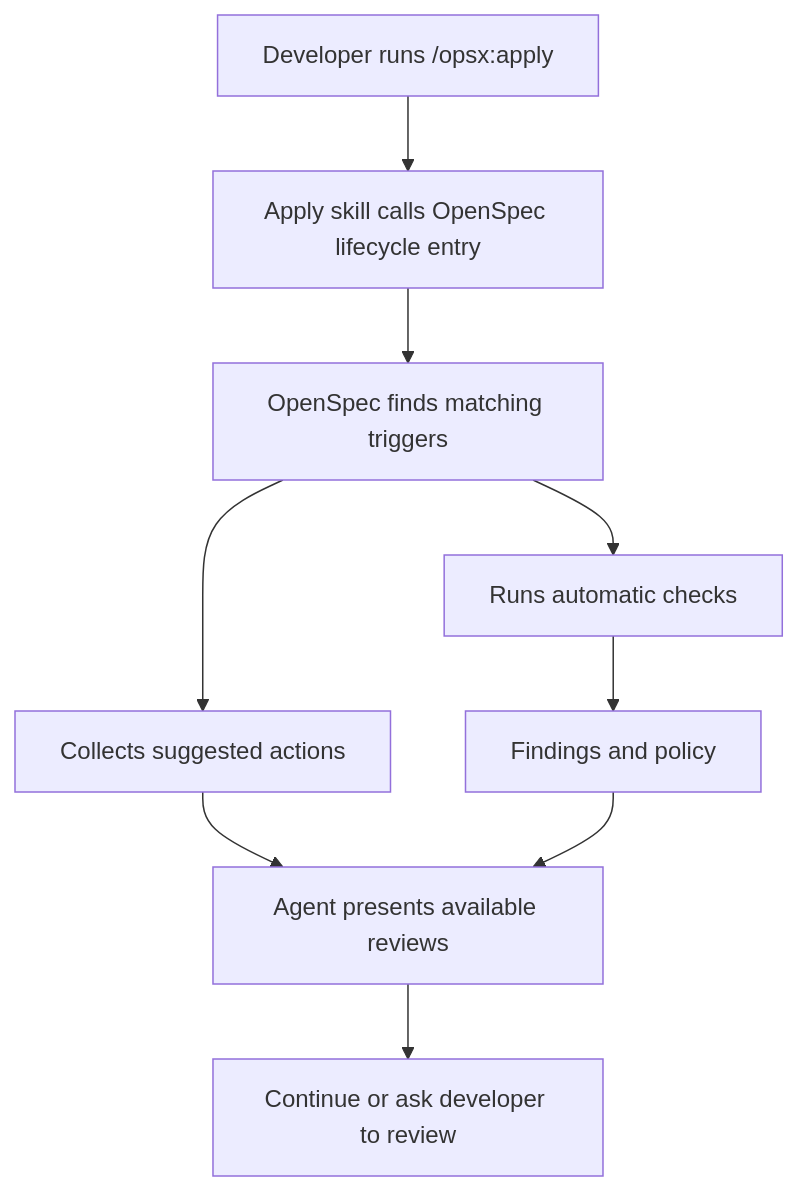
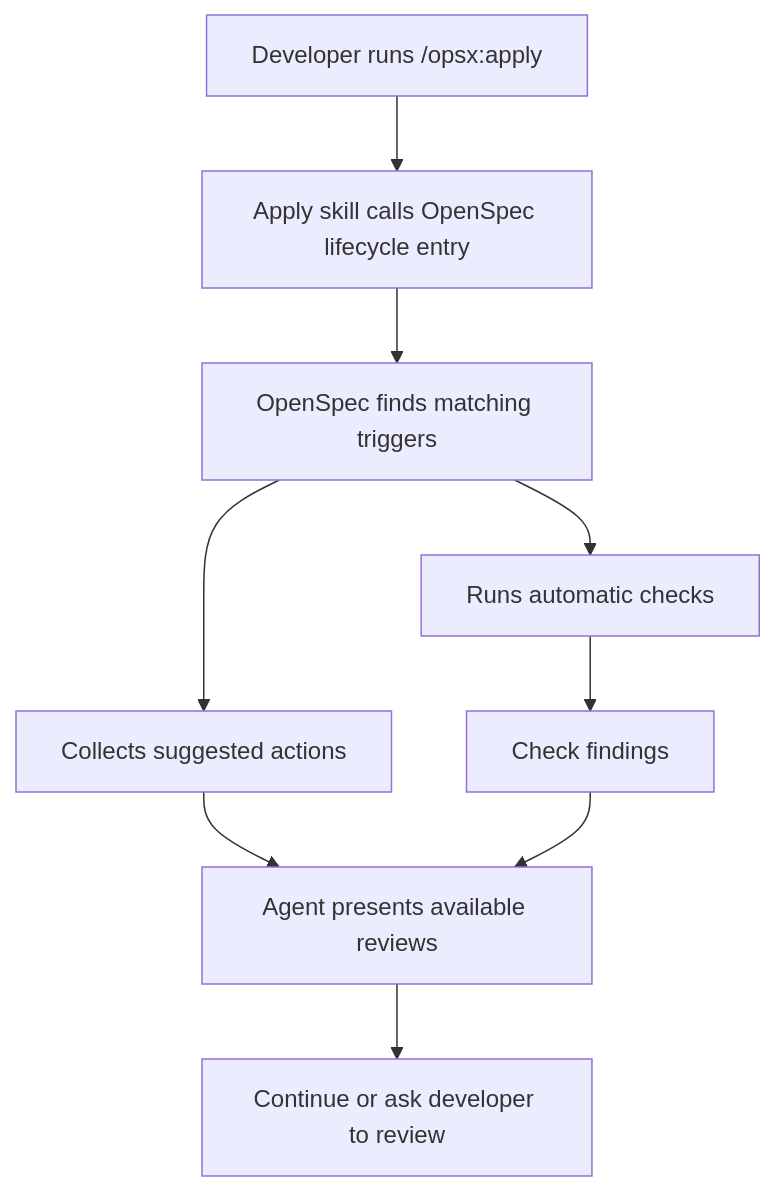
One commit to Fission-AI/OpenSpec changed the first of 3 diagrams in openspec/projects/intent-and-lifecycle/lifecycle/lifecycle-checkpoints-launch.md. Above: the diagram before and after it, drawn with Mermaid. The commit also changed other lines of this file and 8 other files, not shown here.

````diff
--- a/openspec/projects/intent-and-lifecycle/lifecycle/lifecycle-checkpoints-launch.md
+++ b/openspec/projects/intent-and-lifecycle/lifecycle/lifecycle-checkpoints-launch.md
@@ -113,11 +139,11 @@
 ```mermaid
 flowchart TD
   A[Developer runs /opsx:apply] --> B[Apply skill calls OpenSpec lifecycle entry]
   B --> C[OpenSpec finds matching triggers]
   C --> D[Runs automatic checks]
   C --> H[Collects suggested actions]
-  D --> E[Findings and policy]
+  D --> E[Check findings]
   H --> F[Agent presents available reviews]
   E --> F
   F --> G[Continue or ask developer to review]
 ```
````
